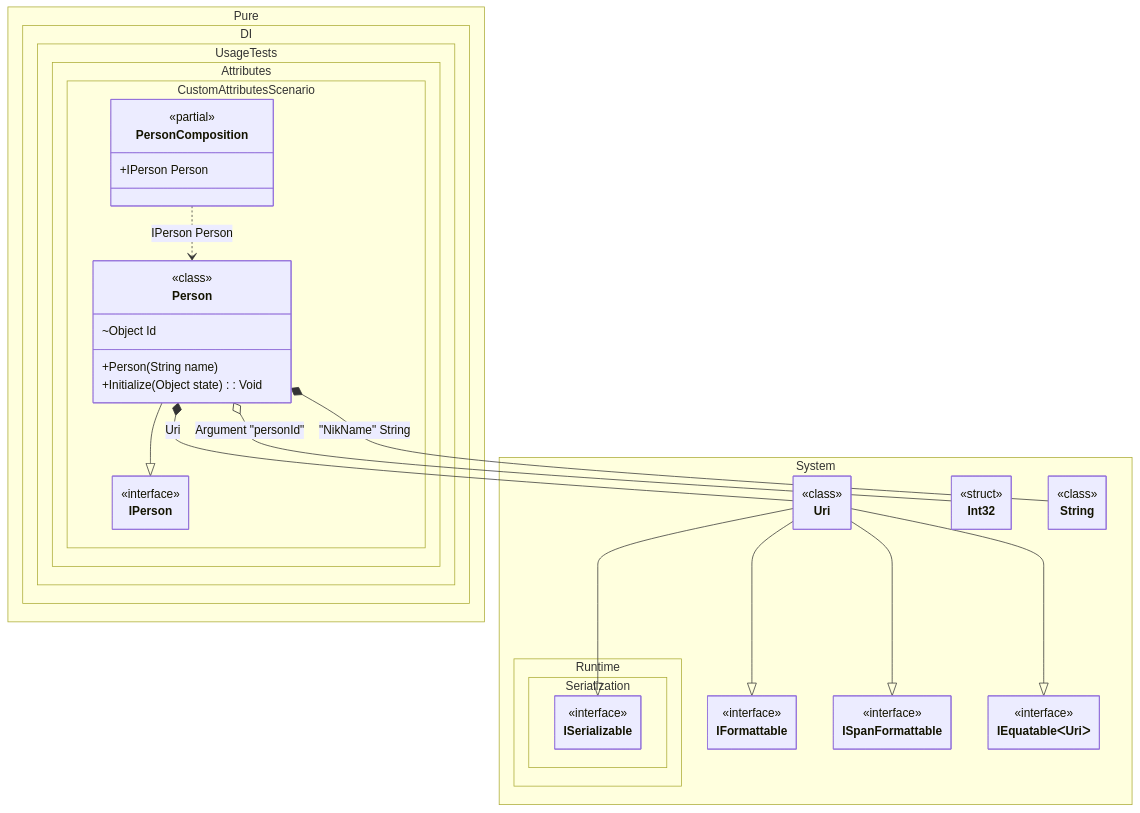
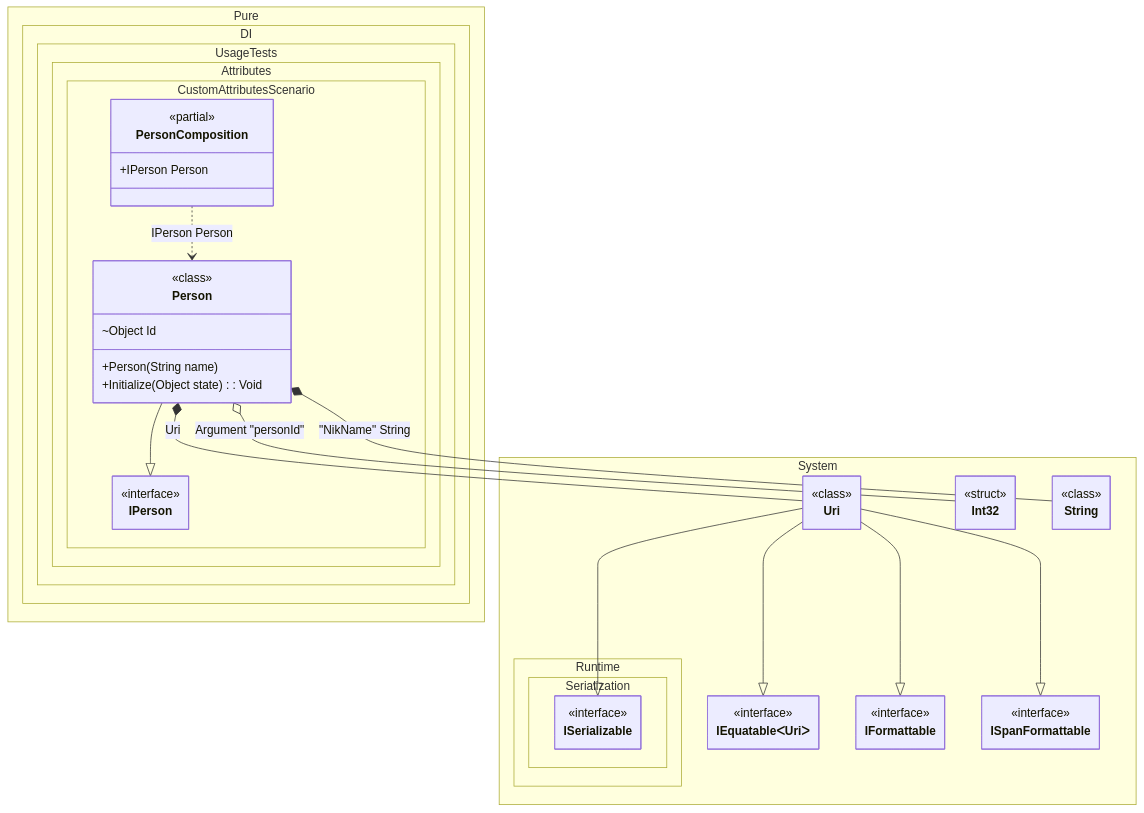
The diagram in readme/custom-attributes.md (DevTeam/Pure.DI), drawn with Mermaid before and after one commit. The commit also changed other lines of this file and 191 other files, not shown here.

````diff
--- a/readme/custom-attributes.md
+++ b/readme/custom-attributes.md
@@ -147,59 +147,59 @@
 ```mermaid
 ---
  config:
   maxTextSize: 2147483647
   maxEdges: 2147483647
   class:
    hideEmptyMembersBox: true
 ---
 classDiagram
+	Uri --|> IEquatableᐸUriᐳ
 	Uri --|> IFormattable
 	Uri --|> ISpanFormattable
-	Uri --|> IEquatableᐸUriᐳ
 	Uri --|> ISerializable
 	Person --|> IPerson
 	PersonComposition ..> Person : IPerson Person
 	Person o-- Int32 : Argument "personId"
 	Person *--  Uri : Uri
 	Person *--  String : "NikName"  String
 	namespace Pure.DI.UsageTests.Attributes.CustomAttributesScenario {
 		class IPerson {
 			<<interface>>
 		}
 		class Person {
 				<<class>>
 			+Person(String name)
 			~Object Id
 			+Initialize(Object state) : Void
 		}
 		class PersonComposition {
 		<<partial>>
 		+IPerson Person
 		}
 	}
 	namespace System {
 		class IEquatableᐸUriᐳ {
 			<<interface>>
 		}
 		class IFormattable {
 			<<interface>>
 		}
 		class Int32 {
 				<<struct>>
 		}
 		class ISpanFormattable {
 			<<interface>>
 		}
 		class String {
 				<<class>>
 		}
 		class Uri {
 				<<class>>
 		}
 	}
 	namespace System.Runtime.Serialization {
 		class ISerializable {
 			<<interface>>
 		}
 	}
 ```
````
